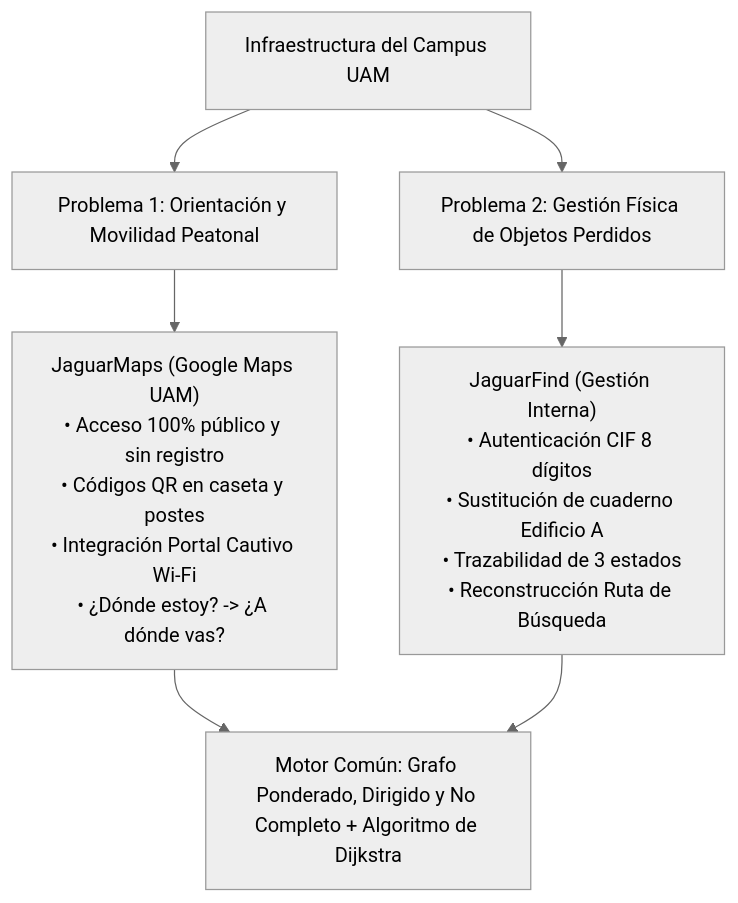
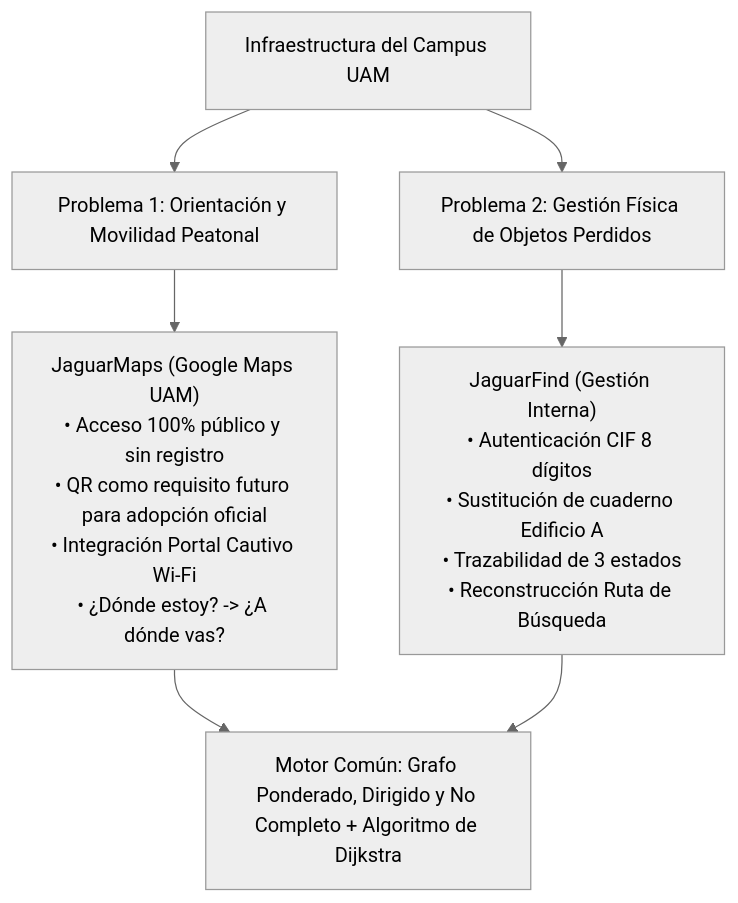
Before and after one commit to camijavi/python_flask_jaguar_find: the first of 5 diagrams in ESPECIFICACION_TECNICA_JAGUARFIND.md, drawn with Mermaid (neutral theme). The commit also changed other lines of this file and 16 other files, not shown here.

````diff
--- a/ESPECIFICACION_TECNICA_JAGUARFIND.md
+++ b/ESPECIFICACION_TECNICA_JAGUARFIND.md
@@ -25,11 +27,11 @@
 ```mermaid
 graph TD
     A["Infraestructura del Campus UAM"] --> B["Problema 1: Orientación y Movilidad Peatonal"]
     A --> C["Problema 2: Gestión Física de Objetos Perdidos"]
 
-    B --> D["JaguarMaps (Google Maps UAM)<br>• Acceso 100% público y sin registro<br>• Códigos QR en caseta y postes<br>• Integración Portal Cautivo Wi-Fi<br>• ¿Dónde estoy? -> ¿A dónde vas?"]
+    B --> D["JaguarMaps (Google Maps UAM)<br>• Acceso 100% público y sin registro<br>• QR como requisito futuro para adopción oficial<br>• Integración Portal Cautivo Wi-Fi<br>• ¿Dónde estoy? -> ¿A dónde vas?"]
     C --> E["JaguarFind (Gestión Interna)<br>• Autenticación CIF 8 dígitos<br>• Sustitución de cuaderno Edificio A<br>• Trazabilidad de 3 estados<br>• Reconstrucción Ruta de Búsqueda"]
 
     D --> F["Motor Común: Grafo Ponderado, Dirigido y No Completo + Algoritmo de Dijkstra"]
     E --> F
 ```
````
